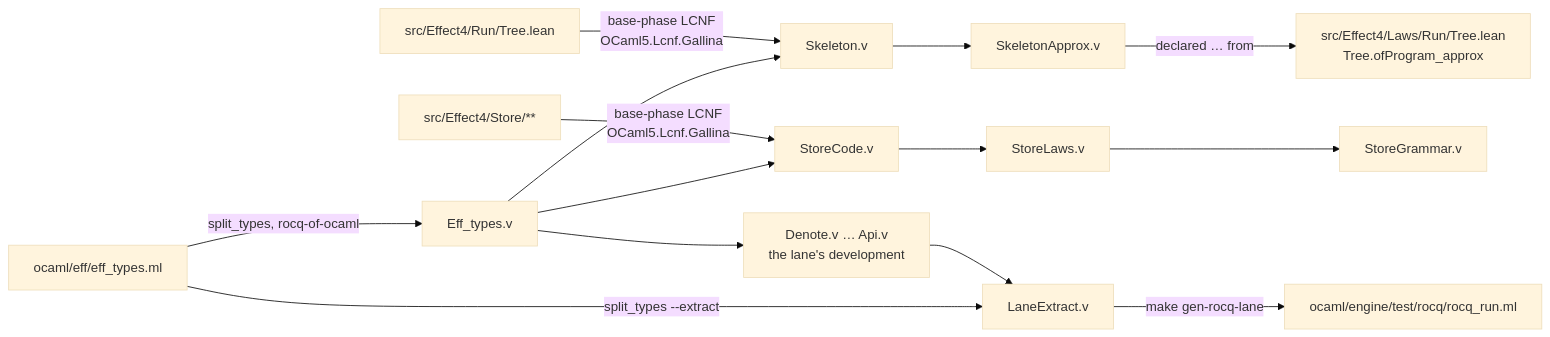
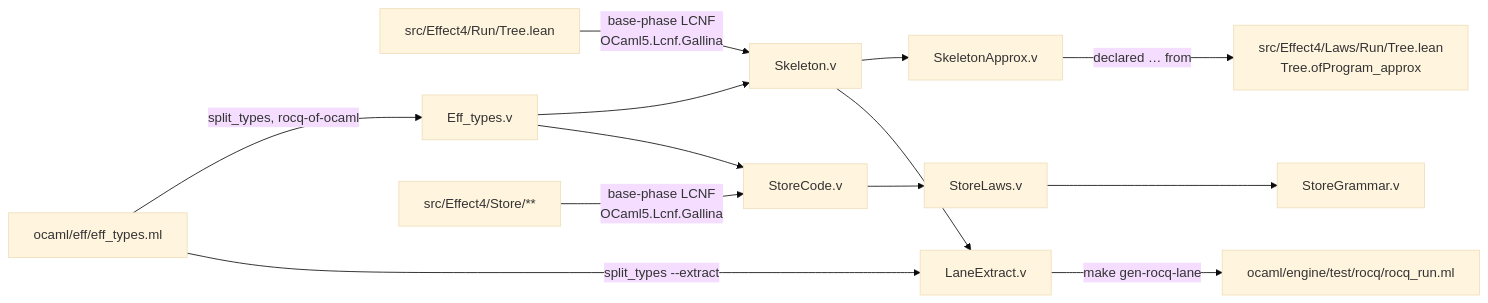
One commit to pure-algebra/lean4-effect4 changed the diagram in rocq/README.md. Above: the diagram before and after it, drawn with Mermaid (base theme). The commit also changed other lines of this file and 33 other files, not shown here.

Commit message:
Rocq: the comparison lane over the generated development; the study’s six hand files retire (4c)

````diff
--- a/rocq/README.md
+++ b/rocq/README.md
@@ -38,16 +34,15 @@
 ```mermaid
 flowchart LR
   T["src/Effect4/Run/Tree.lean"] -- "base-phase LCNF<br/>OCaml5.Lcnf.Gallina" --> S["Skeleton.v"]
   O["ocaml/eff/eff_types.ml"] -- "split_types, rocq-of-ocaml" --> E["Eff_types.v"]
   E --> S
   S --> A["SkeletonApprox.v"]
   A -- "declared … from" --> L["src/Effect4/Laws/Run/Tree.lean<br/>Tree.ofProgram_approx"]
   W["src/Effect4/Store/**"] -- "base-phase LCNF<br/>OCaml5.Lcnf.Gallina" --> C["StoreCode.v"]
   E --> C
   C --> SL["StoreLaws.v"]
   SL --> G["StoreGrammar.v"]
-  E --> D["Denote.v … Api.v<br/>the lane's development"]
-  D --> X["LaneExtract.v"]
+  S --> X["LaneExtract.v"]
   O -- "split_types --extract" --> X
   X -- "make gen-rocq-lane" --> R["ocaml/engine/test/rocq/rocq_run.ml"]
 ```
````
